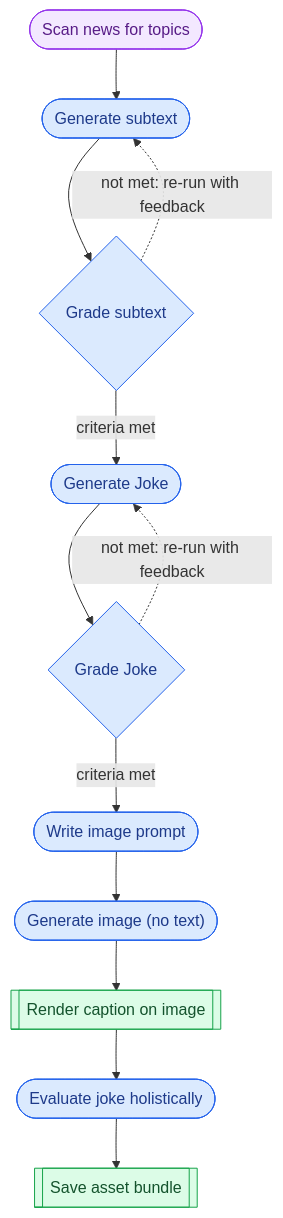
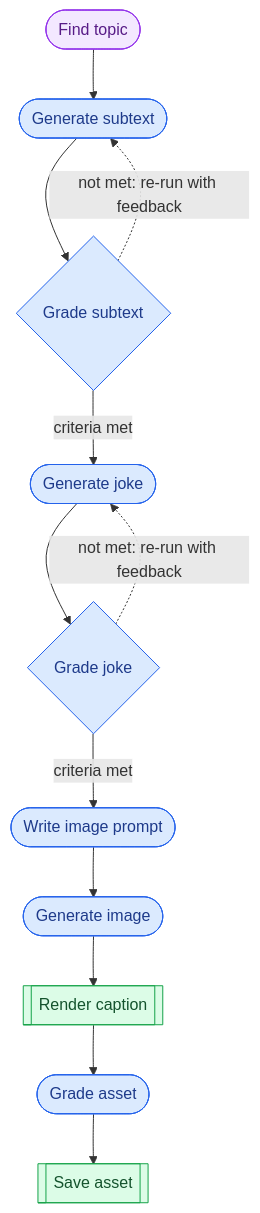
One commit to hankehly/comedy-factory changed the diagram in README.md. Above: the diagram before and after it, drawn with Mermaid. The commit also changed 4 other files, not shown here.

Commit message:
Refactor joke generator workflow: rename scan_news to find_topic, update related logic, and add source URL handling

````diff
--- a/README.md
+++ b/README.md
@@ -7,25 +7,25 @@
 ```mermaid
 flowchart TD
     classDef agent fill:#f3e8ff,stroke:#9333ea,color:#581c87
     classDef llm fill:#dbeafe,stroke:#2563eb,color:#1e3a8a
     classDef system fill:#dcfce7,stroke:#16a34a,color:#14532d
 
-    s1(["Scan news for topics"]):::agent
+    s1(["Find topic"]):::agent
     s2(["Generate subtext"]):::llm
     s3{"Grade subtext"}:::llm
-    s4(["Generate Joke"]):::llm
-    s5{"Grade Joke"}:::llm
+    s4(["Generate joke"]):::llm
+    s5{"Grade joke"}:::llm
     s6(["Write image prompt"]):::llm
-    s7(["Generate image (no text)"]):::llm
-    s8[["Render caption on image"]]:::system
-    s9(["Evaluate joke holistically"]):::llm
-    s10[["Save asset bundle"]]:::system
+    s7(["Generate image"]):::llm
+    s8[["Render caption"]]:::system
+    s9(["Grade asset"]):::llm
+    s10[["Save asset"]]:::system
 
     s1 --> s2 --> s3
     s3 -- criteria met --> s4
     s3 -. "not met: re-run with feedback" .-> s2
     s4 --> s5
     s5 -- criteria met --> s6
     s5 -. "not met: re-run with feedback" .-> s4
     s6 --> s7 --> s8 --> s9 --> s10
 ```
````
